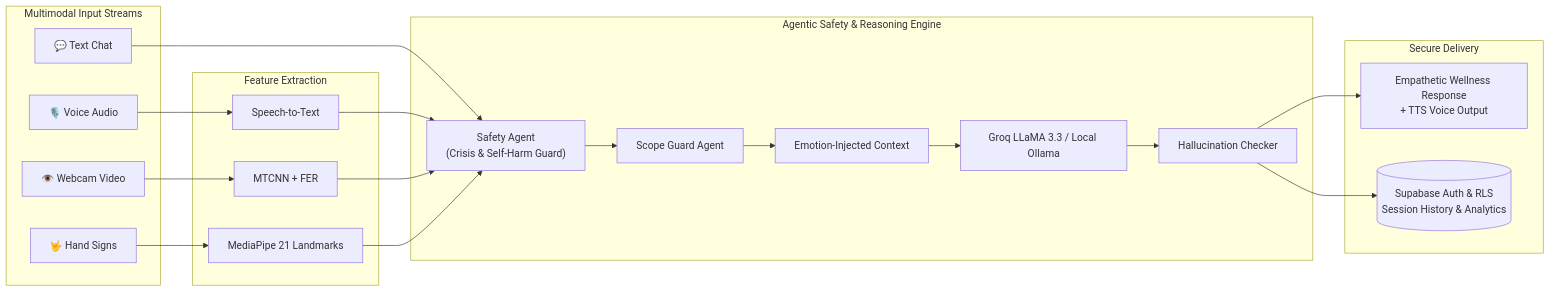
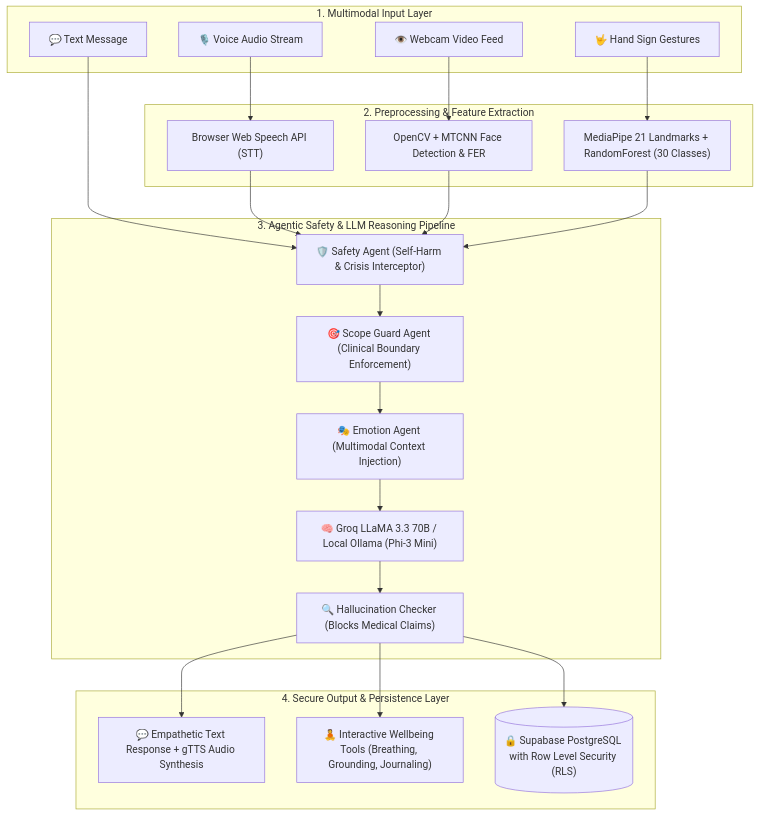
One commit to Prateeksingh84/Prateeksingh84 changed the second of 2 diagrams in README.md. Above: the diagram before and after it, drawn with Mermaid. The commit also changed other lines of this file, not shown here.

Commit message:
docs: restructure Research section sequentially (1. Abstract & Overview, 2. Empirical Benchmarks, 3. Architecture)

````diff
--- a/README.md
+++ b/README.md
@@ -319,28 +331,29 @@
 ```mermaid
-flowchart LR
-    subgraph Inputs["Multimodal Input Streams"]
-        A["💬 Text Chat"]
-        B["🎙️ Voice Audio"]
-        C["👁️ Webcam Video"]
-        D["🤟 Hand Signs"]
+flowchart TD
+    subgraph Inputs["1. Multimodal Input Layer"]
+        A["💬 Text Message"]
+        B["🎙️ Voice Audio Stream"]
+        C["👁️ Webcam Video Feed"]
+        D["🤟 Hand Sign Gestures"]
     end
 
-    subgraph Preprocessing["Feature Extraction"]
-        B --> B1["Speech-to-Text"]
-        C --> C1["MTCNN + FER"]
-        D --> D1["MediaPipe 21 Landmarks"]
+    subgraph Preprocessing["2. Preprocessing & Feature Extraction"]
+        B --> P1["Browser Web Speech API (STT)"]
+        C --> P2["OpenCV + MTCNN Face Detection & FER"]
+        D --> P3["MediaPipe 21 Landmarks + RandomForest (30 Classes)"]
     end
 
-    subgraph Core["Agentic Safety & Reasoning Engine"]
-        A & B1 & C1 & D1 --> S["Safety Agent\n(Crisis & Self-Harm Guard)"]
-        S --> SG["Scope Guard Agent"]
-        SG --> EA["Emotion-Injected Context"]
-        EA --> LLM["Groq LLaMA 3.3 / Local Ollama"]
-        LLM --> HC["Hallucination Checker"]
+    subgraph AgenticPipeline["3. Agentic Safety & LLM Reasoning Pipeline"]
+        A & P1 & P2 & P3 --> S1["🛡️ Safety Agent (Self-Harm & Crisis Interceptor)"]
+        S1 --> S2["🎯 Scope Guard Agent (Clinical Boundary Enforcement)"]
+        S2 --> S3["🎭 Emotion Agent (Multimodal Context Injection)"]
+        S3 --> S4["🧠 Groq LLaMA 3.3 70B / Local Ollama (Phi-3 Mini)"]
+        S4 --> S5["🔍 Hallucination Checker (Blocks Medical Claims)"]
     end
 
-    subgraph Outputs["Secure Delivery"]
-        HC --> RES["Empathetic Wellness Response\n+ TTS Voice Output"]
-        HC --> SUPA[("Supabase Auth & RLS\nSession History & Analytics")]
+    subgraph OutputLayer["4. Secure Output & Persistence Layer"]
+        S5 --> OUT1["💬 Empathetic Text Response + gTTS Audio Synthesis"]
+        S5 --> OUT2["🧘 Interactive Wellbeing Tools (Breathing, Grounding, Journaling)"]
+        S5 --> DB[("🔒 Supabase PostgreSQL with Row Level Security (RLS)")]
     end
 ```
````
